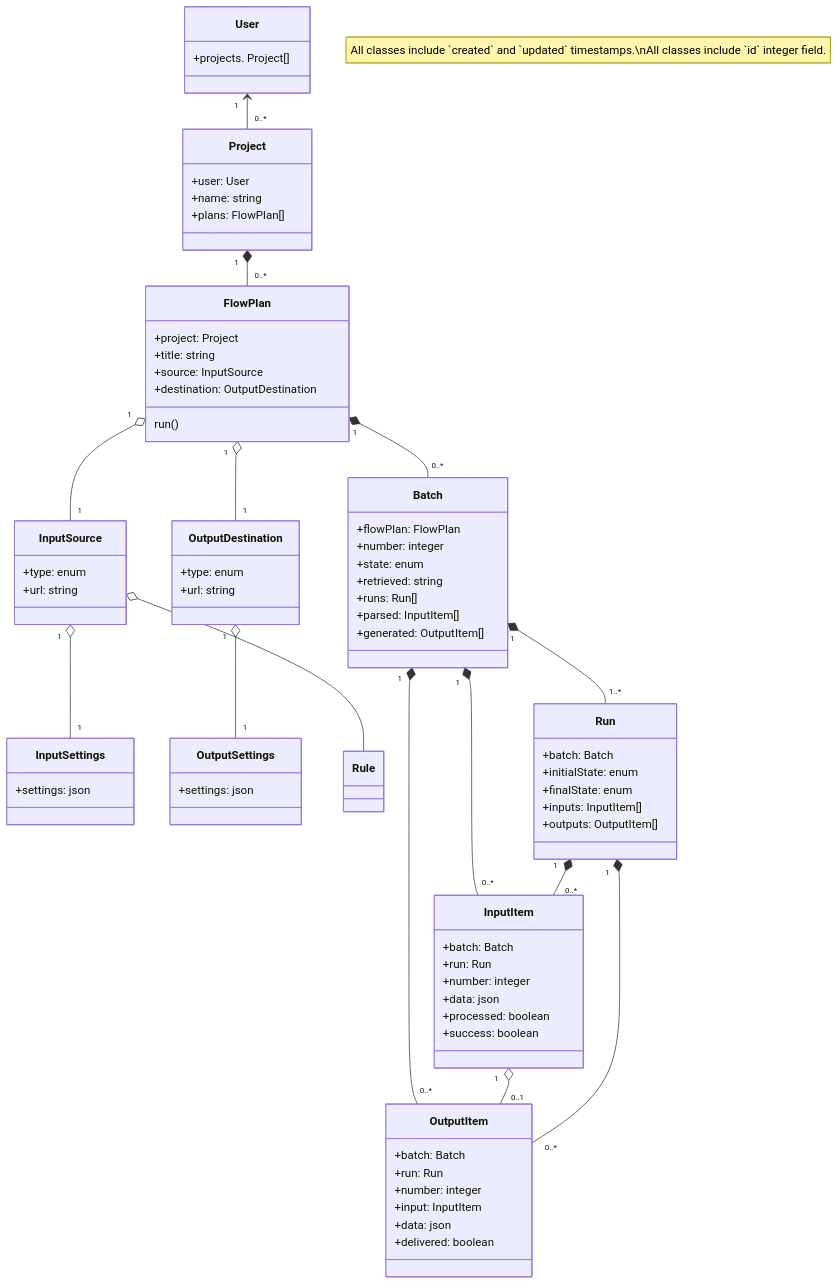
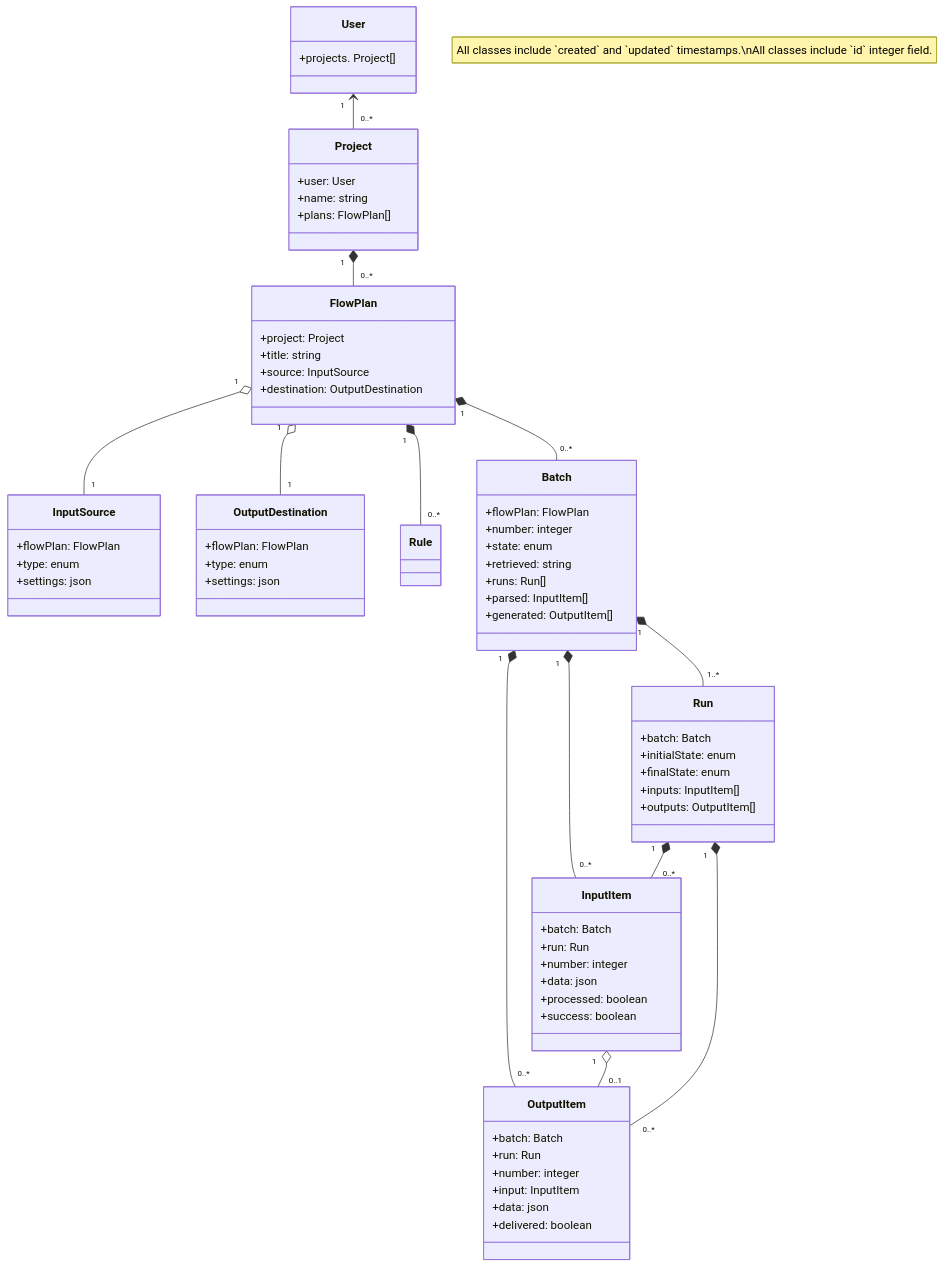
The diagram in docs/docs/guides/uml.mdx (dataplugoy/tasenor-data-exchange), drawn with Mermaid before and after one commit. The commit also changed 7 other files, not shown here.

```diff
--- a/docs/docs/guides/uml.mdx
+++ b/docs/docs/guides/uml.mdx
@@ -27,41 +27,29 @@
       +title: string
       +source: InputSource
       +destination: OutputDestination
-
-      run()
     }
     Project "1" *-- "0..*" FlowPlan
 
 
     class InputSource{
+      +flowPlan: FlowPlan
       +type: enum
-      +url: string
+      +settings: json
     }
     FlowPlan "1" o-- "1" InputSource
 
 
-    class InputSettings{
+    class OutputDestination{
+      +flowPlan: FlowPlan
+      +type: enum
       +settings: json
-    }
-    InputSource "1" o-- "1" InputSettings
-
-
-    class OutputDestination{
-      +type: enum
-      +url: string
     }
     FlowPlan "1" o-- "1" OutputDestination
 
 
-    class OutputSettings{
-      +settings: json
-    }
-    OutputDestination "1" o-- "1" OutputSettings
-
-
     class Rule{
     }
-    InputSource o-- Rule
+    FlowPlan "1" *-- "0..*" Rule
 
 
     class Batch{
```
